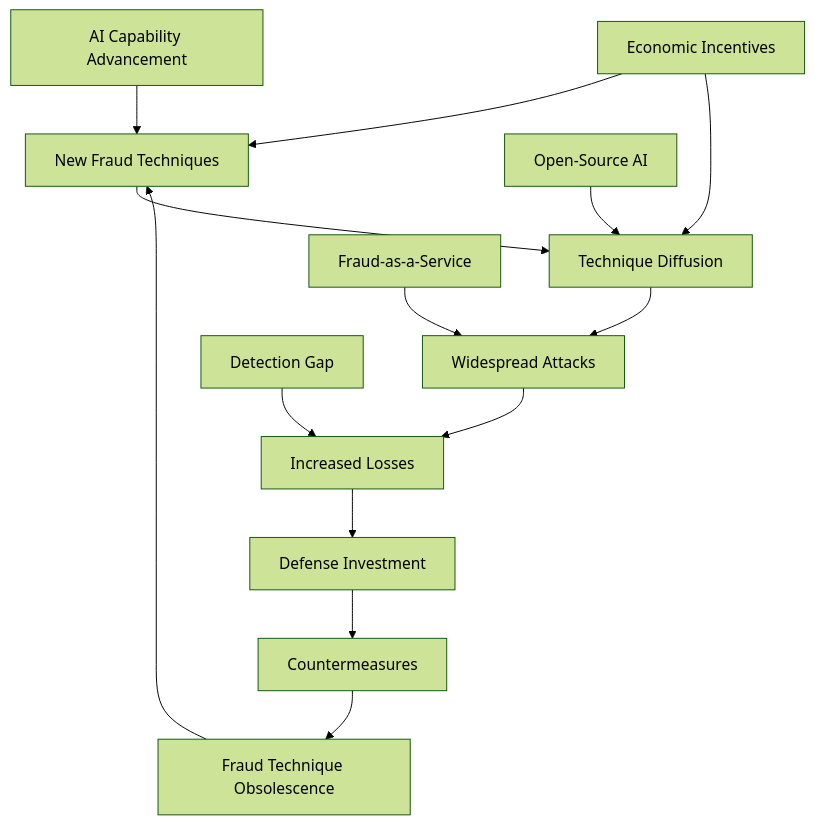
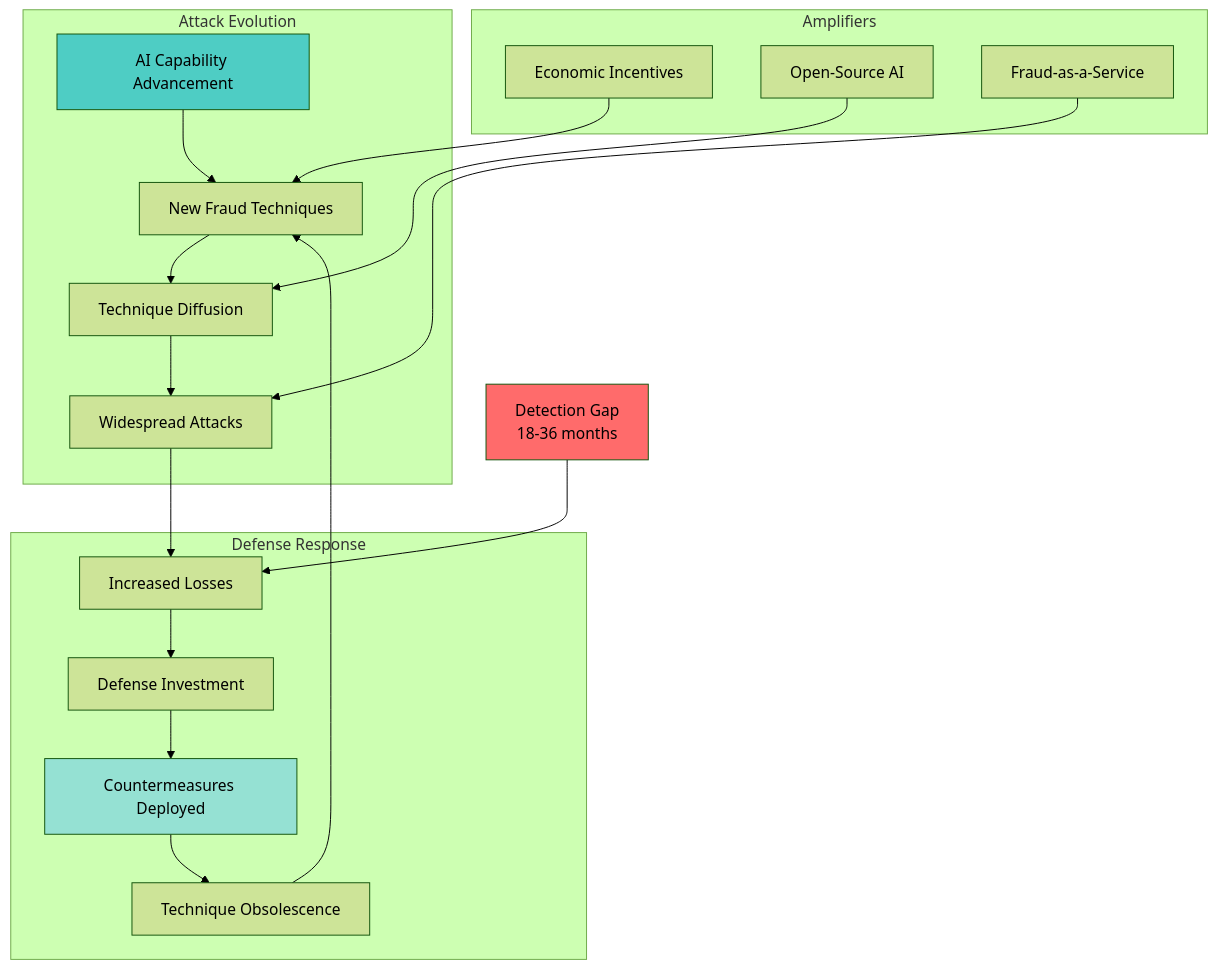
Before and after one commit to quantified-uncertainty/ea-crux-project: the diagram in src/content/docs/knowledge-base/models/fraud-sophistication-curve.mdx, drawn with Mermaid (forest theme). The commit also changed other lines of this file and 5 other files, not shown here.

First line of the commit message:
Enhance 5 analytical models with quantitative analysis and diagrams

````diff
--- a/src/content/docs/knowledge-base/models/fraud-sophistication-curve.mdx
+++ b/src/content/docs/knowledge-base/models/fraud-sophistication-curve.mdx
@@ -105,18 +94,28 @@
 ```mermaid
 flowchart TD
-    A[AI Capability Advancement] --> B[New Fraud Techniques]
-    B --> C[Technique Diffusion]
-    C --> D[Widespread Attacks]
-    D --> E[Increased Losses]
-    E --> F[Defense Investment]
-    F --> G[Countermeasures]
-    G --> H[Fraud Technique Obsolescence]
+    subgraph Attack Evolution
+        A[AI Capability Advancement] --> B[New Fraud Techniques]
+        B --> C[Technique Diffusion]
+        C --> D[Widespread Attacks]
+    end
+
+    subgraph Defense Response
+        D --> E[Increased Losses]
+        E --> F[Defense Investment]
+        F --> G[Countermeasures Deployed]
+        G --> H[Technique Obsolescence]
+    end
+
+    subgraph Amplifiers
+        I[Economic Incentives] --> B
+        K[Open-Source AI] --> C
+        L[Fraud-as-a-Service] --> D
+    end
+
     H --> B
+    J[Detection Gap<br/>18-36 months] --> E
 
-    I[Economic Incentives] --> B
-    I --> C
-    J[Detection Gap] --> E
-
-    K[Open-Source AI] --> C
-    L[Fraud-as-a-Service] --> D
+    style J fill:#ff6b6b
+    style A fill:#4ecdc4
+    style G fill:#95e1d3
 ```
````
